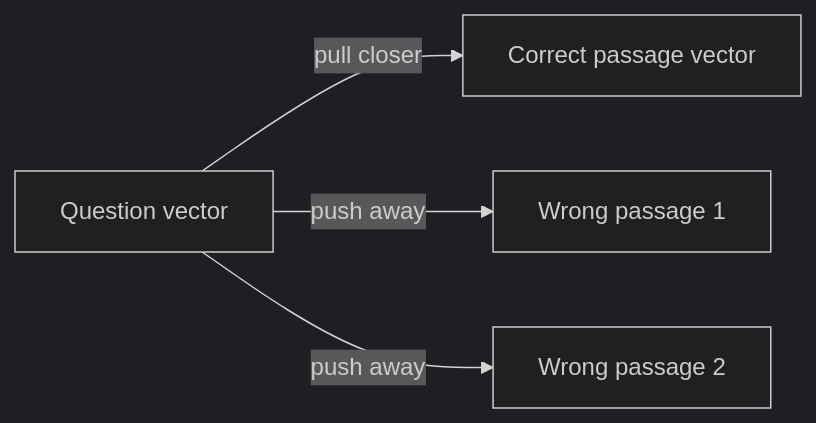
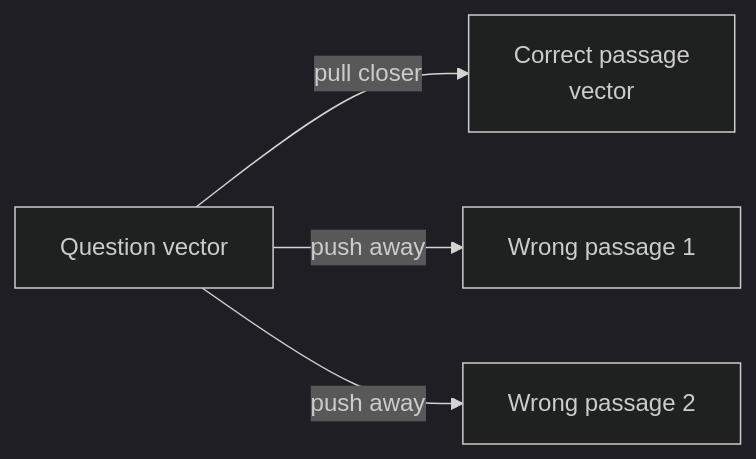
The second of 3 diagrams in 01. Naive RAG/notes/01. Basic Concepts/05. Embeddings.md (ajay-nikumbh/RAG-From-Basics-to-Production), drawn with Mermaid (dark theme) before and after one commit. The commit also changed other lines of this file and 38 other files, not shown here.

First line of the commit message:
Group root README by pattern, widen tables, wrap diagram labels

````diff
--- a/01. Naive RAG/notes/01. Basic Concepts/05. Embeddings.md
+++ b/01. Naive RAG/notes/01. Basic Concepts/05. Embeddings.md
@@ -61,6 +61,6 @@
 ```mermaid
 flowchart LR
-    Q[Question vector] -- pull closer --> P[Correct passage vector]
+    Q[Question vector] -- pull closer --> P[Correct passage<br/>vector]
     Q -- push away --> N1[Wrong passage 1]
     Q -- push away --> N2[Wrong passage 2]
 ```
````
